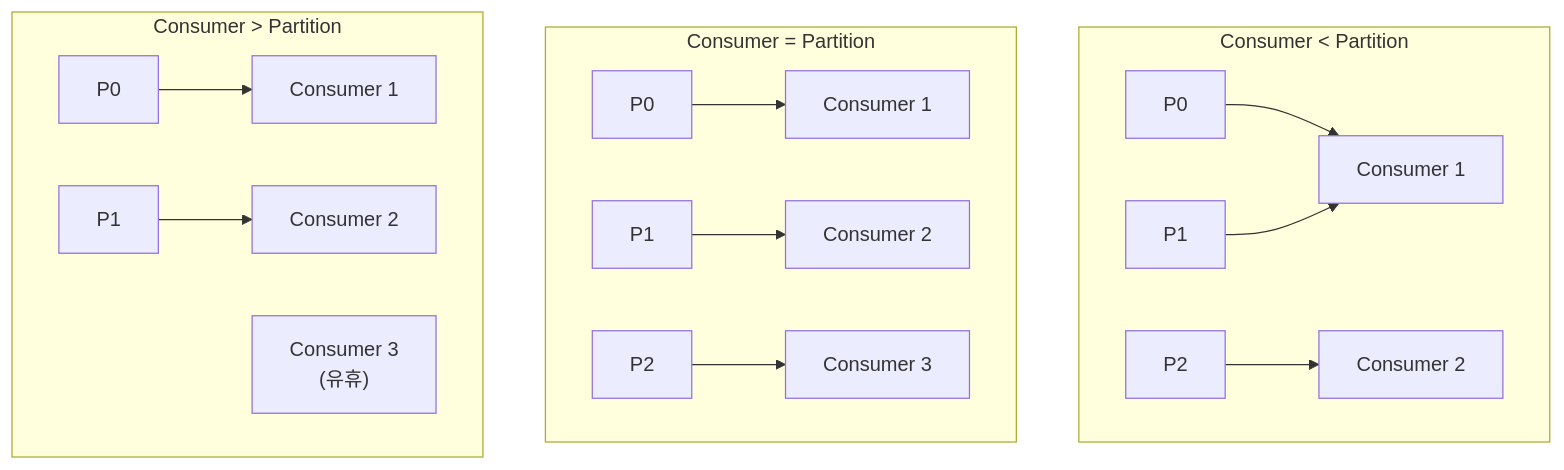
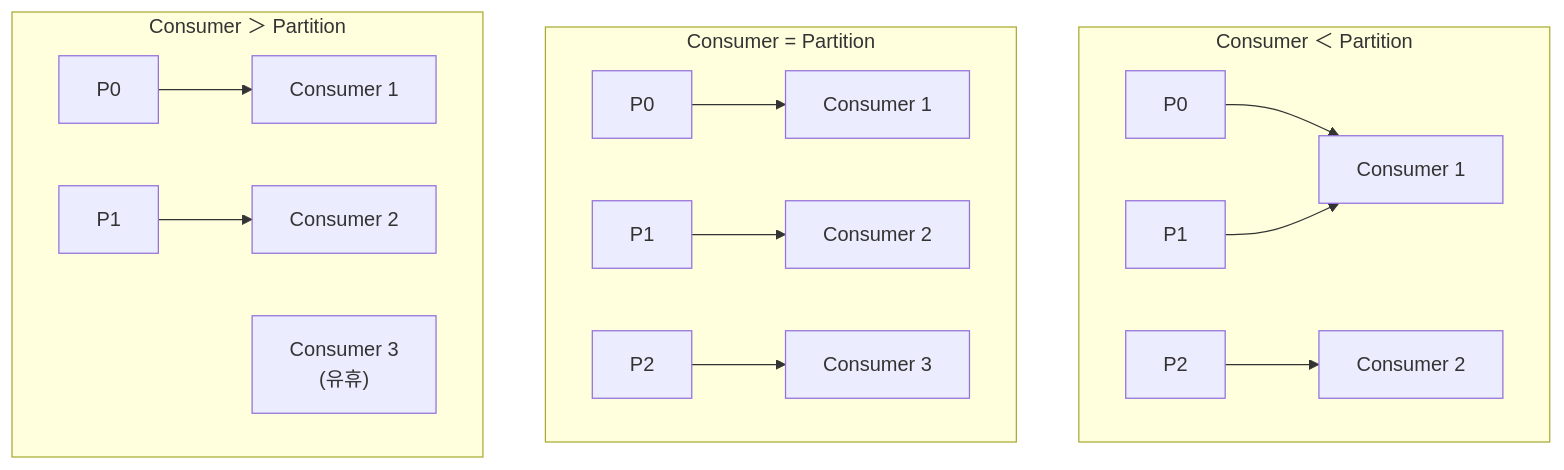
Before and after one commit to advanced-beginner/advanced-beginner.github.io: the second of 8 diagrams in content/ko/kafka/concepts/consumer-group-offset.md, drawn with Mermaid. The commit also changed 59 other files, not shown here.

First line of the commit message:
fix: Mermaid 다이어그램 문법 오류 수정

````diff
--- a/content/ko/kafka/concepts/consumer-group-offset.md
+++ b/content/ko/kafka/concepts/consumer-group-offset.md
@@ -44,35 +44,35 @@
 ```mermaid
 flowchart TB
-    subgraph Case1["Consumer < Partition"]
+    subgraph Case1["Consumer ＜ Partition"]
         P1A[P0]
         P1B[P1]
         P1C[P2]
         C1A[Consumer 1]
         C1B[Consumer 2]
         P1A --> C1A
         P1B --> C1A
         P1C --> C1B
     end
 
     subgraph Case2["Consumer = Partition"]
         P2A[P0]
         P2B[P1]
         P2C[P2]
         C2A[Consumer 1]
         C2B[Consumer 2]
         C2C[Consumer 3]
         P2A --> C2A
         P2B --> C2B
         P2C --> C2C
     end
 
-    subgraph Case3["Consumer > Partition"]
+    subgraph Case3["Consumer ＞ Partition"]
         P3A[P0]
         P3B[P1]
         C3A[Consumer 1]
         C3B[Consumer 2]
         C3C["Consumer 3\n(유휴)"]
         P3A --> C3A
         P3B --> C3B
     end
 ```
````
